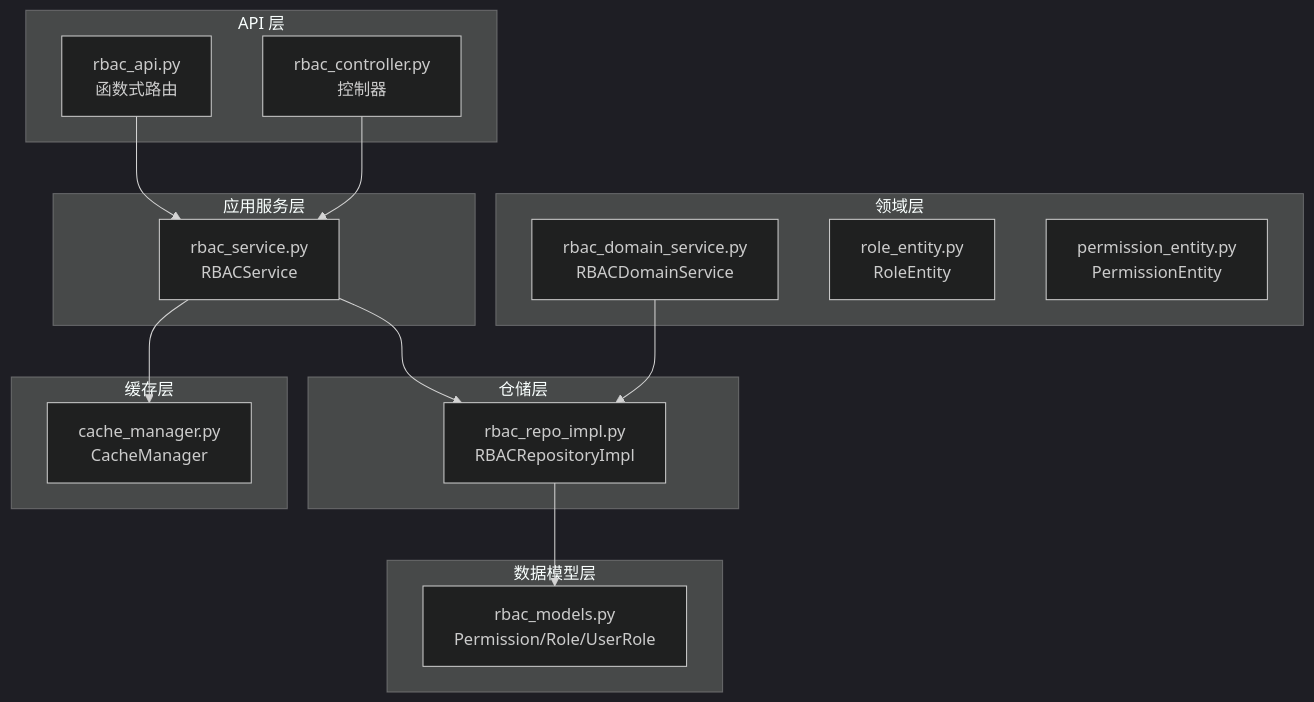
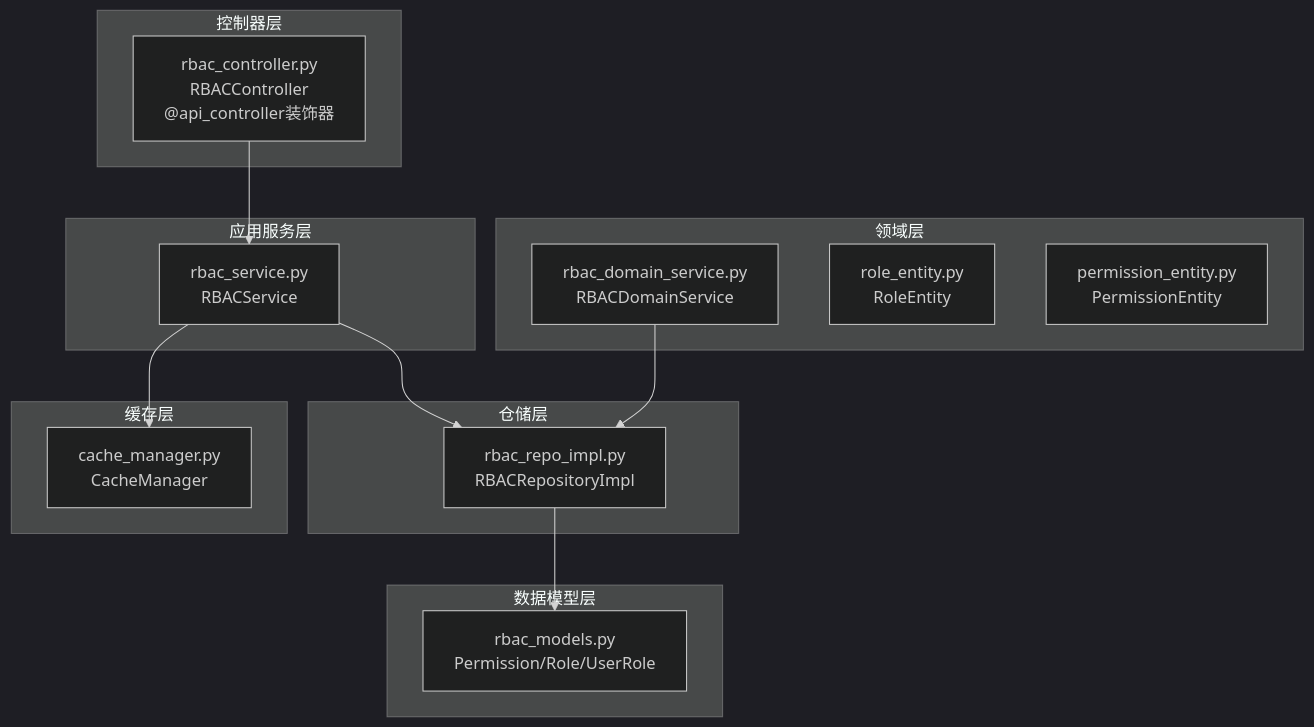
The first of 8 diagrams in .qoder/repowiki/zh/content/API 接口文档/权限管理接口.md (taoweidong/Hello-Django-Ninja-Api), drawn with Mermaid (dark theme) before and after one commit. The commit also changed other lines of this file and 7 other files, not shown here.

````diff
--- a/.qoder/repowiki/zh/content/API 接口文档/权限管理接口.md
+++ b/.qoder/repowiki/zh/content/API 接口文档/权限管理接口.md
@@ -48,30 +61,28 @@
 ```mermaid
 graph TB
-subgraph "API 层"
-R1["rbac_api.py<br/>函数式路由"]
-C1["rbac_controller.py<br/>控制器"]
+subgraph "控制器层"
+C1["rbac_controller.py<br/>RBACController<br/>@api_controller装饰器"]
 end
 subgraph "应用服务层"
 S1["rbac_service.py<br/>RBACService"]
 end
 subgraph "领域层"
 D1["rbac_domain_service.py<br/>RBACDomainService"]
 E1["role_entity.py<br/>RoleEntity"]
 E2["permission_entity.py<br/>PermissionEntity"]
 end
 subgraph "仓储层"
 R2["rbac_repo_impl.py<br/>RBACRepositoryImpl"]
 end
 subgraph "数据模型层"
 M1["rbac_models.py<br/>Permission/Role/UserRole"]
 end
 subgraph "缓存层"
 CM["cache_manager.py<br/>CacheManager"]
 end
-R1 --> S1
 C1 --> S1
 S1 --> R2
 D1 --> R2
 R2 --> M1
 S1 --> CM
 ```
````
